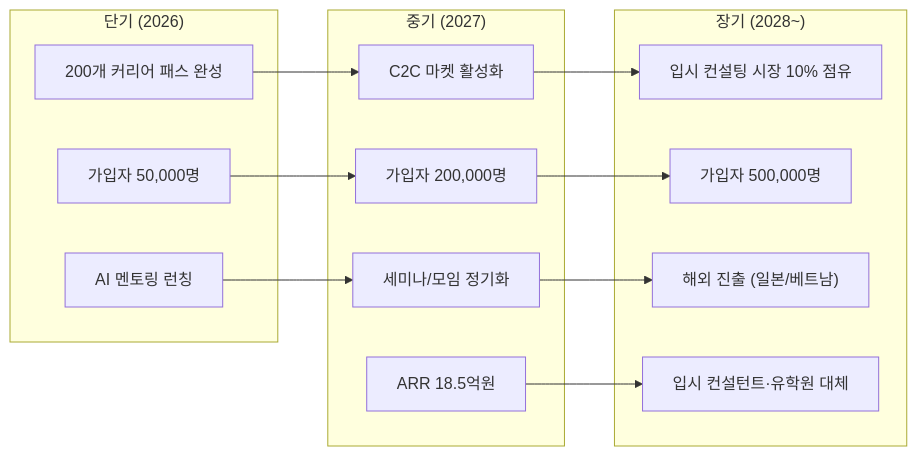
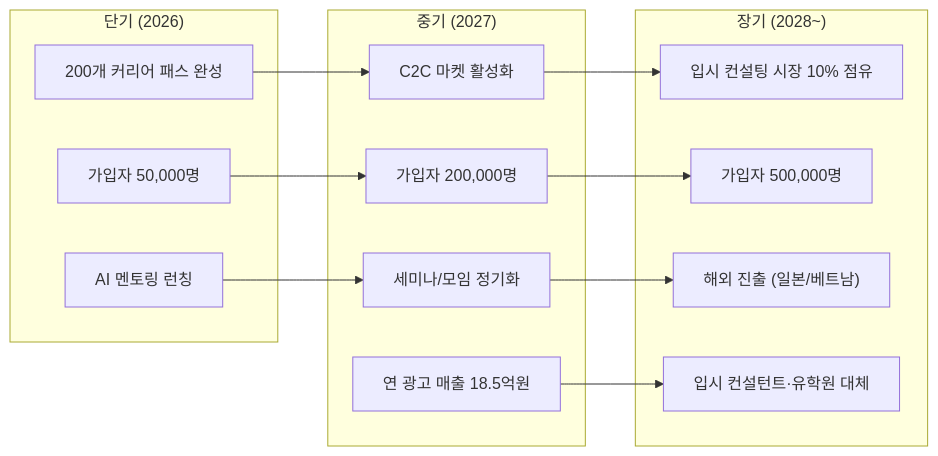
The fourth of 4 diagrams in COMPETITOR_ANALYSIS.md (Collegenie-X/AI-career-path), drawn with Mermaid before and after one commit. The commit also changed other lines of this file and 8 other files, not shown here.

````diff
--- a/COMPETITOR_ANALYSIS.md
+++ b/COMPETITOR_ANALYSIS.md
@@ -605,30 +613,30 @@
 ```mermaid
 graph LR
     subgraph "단기 (2026)"
         A["200개 커리어 패스 완성"]
         B["가입자 50,000명"]
         C["AI 멘토링 런칭"]
     end
 
     subgraph "중기 (2027)"
         D["C2C 마켓 활성화"]
         E["가입자 200,000명"]
         F["세미나/모임 정기화"]
-        G["ARR 18.5억원"]
+        G["연 광고 매출 18.5억원"]
     end
 
     subgraph "장기 (2028~)"
         H["입시 컨설팅 시장 10% 점유"]
         I["가입자 500,000명"]
         J["해외 진출 (일본/베트남)"]
         K["입시 컨설턴트·유학원 대체"]
     end
 
     A --> D
     B --> E
     C --> F
     D --> H
     E --> I
     F --> J
     G --> K
 ```
````
